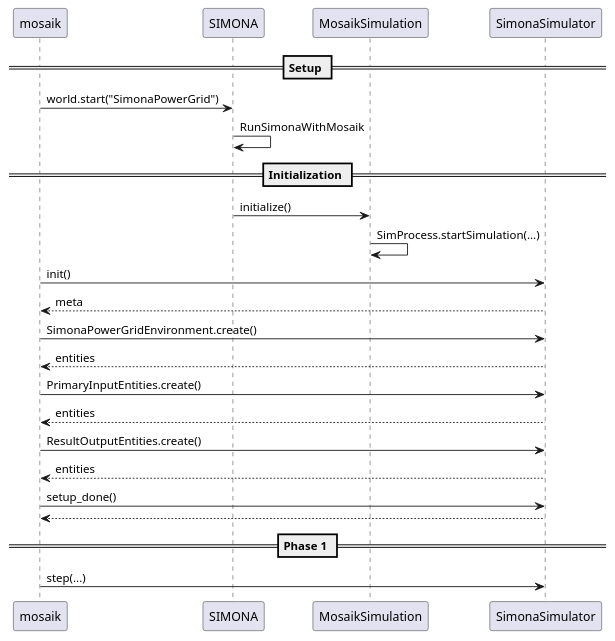
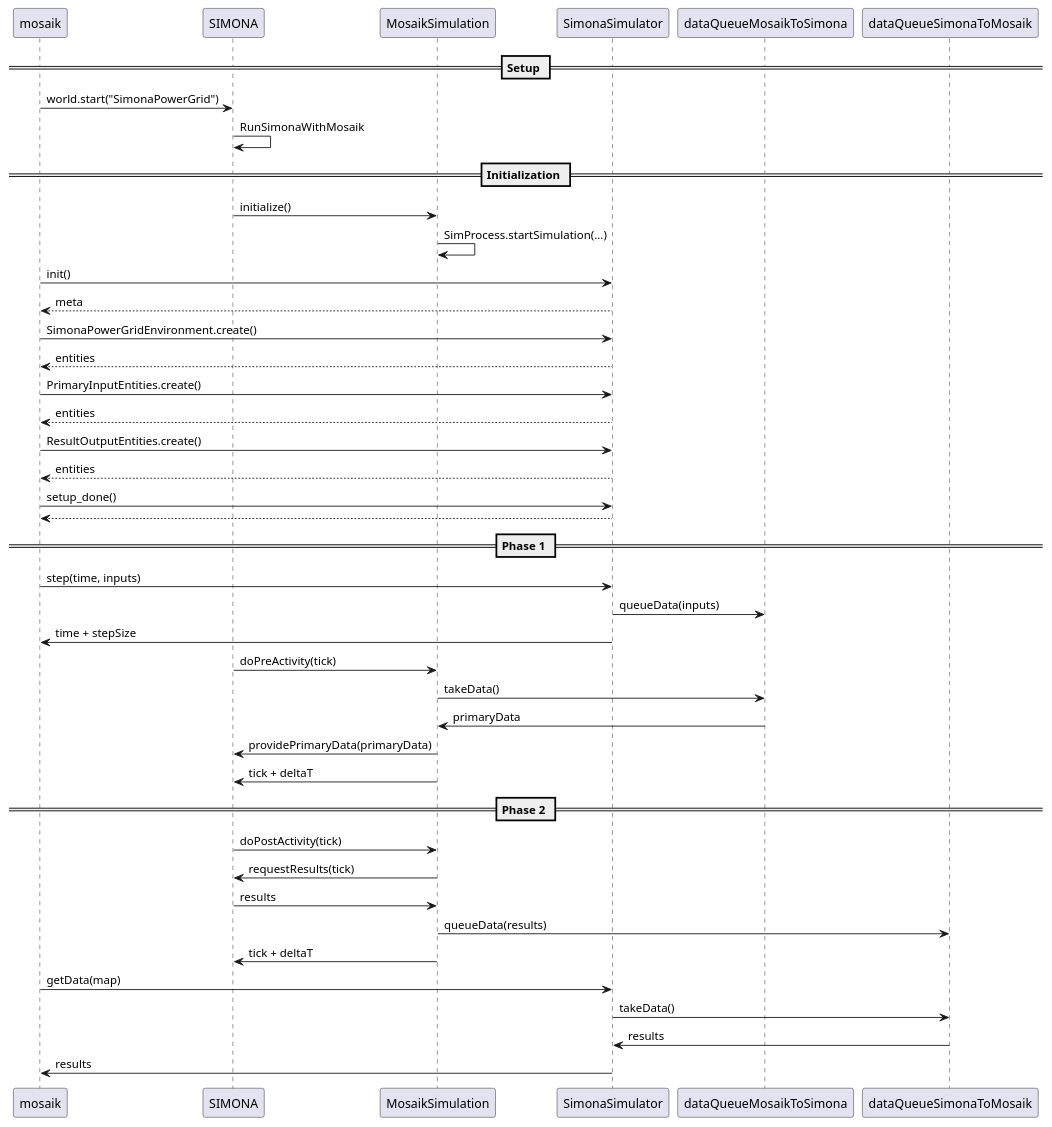
The diagram in docs/protocol/SIMONA-mosaik-protocol.puml (ie3-institute/simosaik), drawn with PlantUML before and after one commit. The commit also changed 4 other files, not shown here.

Commit message:
removed dataSimulation

```diff
--- a/docs/protocol/SIMONA-mosaik-protocol.puml
+++ b/docs/protocol/SIMONA-mosaik-protocol.puml
@@ -1,32 +1,55 @@
 @startuml
 
 == Setup ==
 
 mosaik -> SIMONA: world.start("SimonaPowerGrid")
+
 SIMONA -> SIMONA: RunSimonaWithMosaik
 
 == Initialization ==
 
 SIMONA -> MosaikSimulation: initialize()
 MosaikSimulation -> MosaikSimulation: SimProcess.startSimulation(...)
 
 mosaik -> SimonaSimulator: init()
 SimonaSimulator --> mosaik: meta
 
 mosaik -> SimonaSimulator: SimonaPowerGridEnvironment.create()
 SimonaSimulator --> mosaik: entities
 
 mosaik -> SimonaSimulator: PrimaryInputEntities.create()
 SimonaSimulator --> mosaik: entities
 
 mosaik -> SimonaSimulator: ResultOutputEntities.create()
 SimonaSimulator --> mosaik: entities
 
 mosaik -> SimonaSimulator: setup_done()
 SimonaSimulator --> mosaik
 
 == Phase 1 ==
-mosaik -> SimonaSimulator: step(...)
+mosaik -> SimonaSimulator: step(time, inputs)
 
+SimonaSimulator ->  dataQueueMosaikToSimona: queueData(inputs)
+SimonaSimulator -> mosaik: time + stepSize
+
+SIMONA -> MosaikSimulation: doPreActivity(tick)
+MosaikSimulation -> dataQueueMosaikToSimona: takeData()
+dataQueueMosaikToSimona -> MosaikSimulation: primaryData
+MosaikSimulation -> SIMONA: providePrimaryData(primaryData)
+MosaikSimulation -> SIMONA: tick + deltaT
+
+== Phase 2 ==
+
+SIMONA -> MosaikSimulation: doPostActivity(tick)
+MosaikSimulation -> SIMONA: requestResults(tick)
+SIMONA -> MosaikSimulation: results
+MosaikSimulation -> dataQueueSimonaToMosaik: queueData(results)
+MosaikSimulation -> SIMONA: tick + deltaT
+
+mosaik -> SimonaSimulator: getData(map)
+
+SimonaSimulator -> dataQueueSimonaToMosaik: takeData()
+dataQueueSimonaToMosaik -> SimonaSimulator: results
+SimonaSimulator -> mosaik: results
 
 @enduml
```
